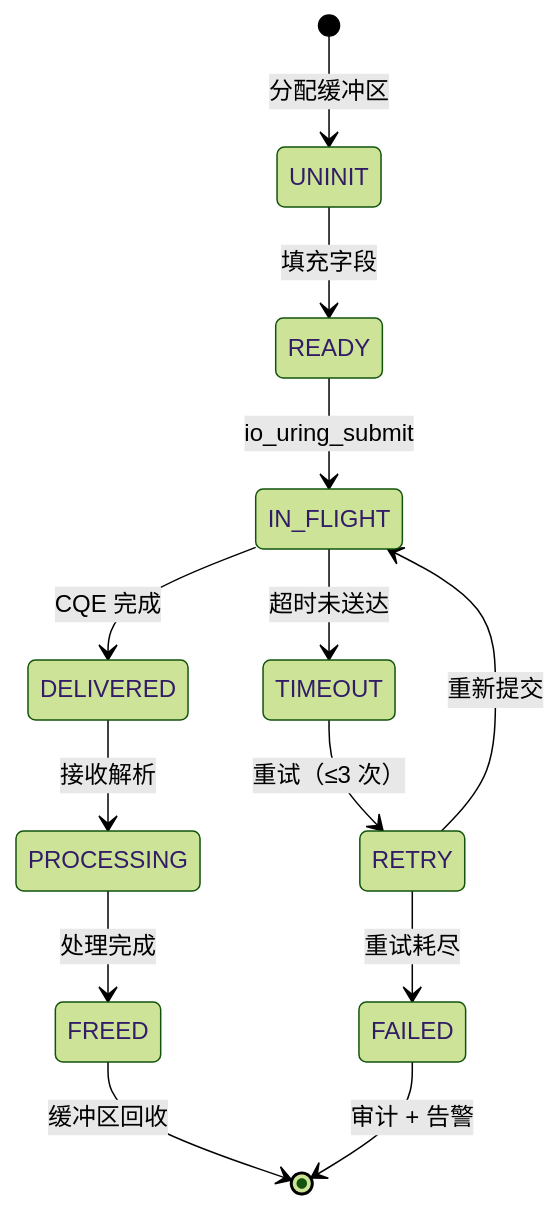
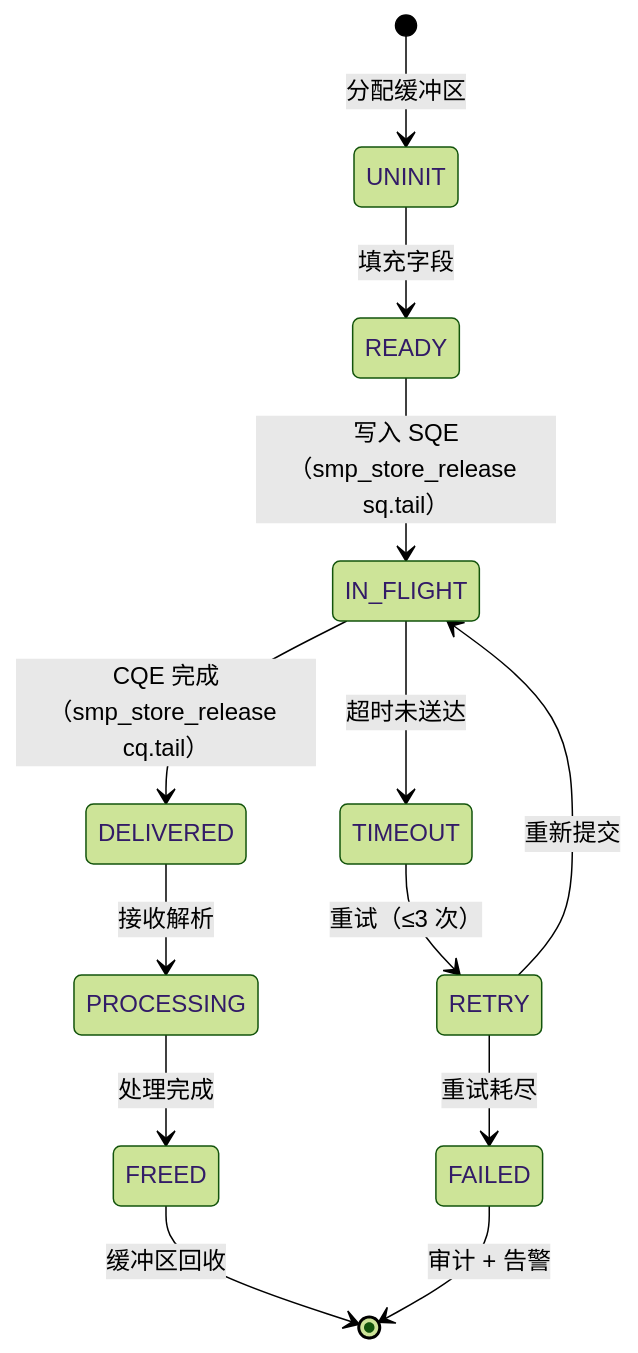
Before and after one commit to openairymax/docs: the second of 8 diagrams in AirymaxAgentOS/40-dataflows/03-ipc-flow.md, drawn with Mermaid (forest theme). The commit also changed other lines of this file and 31 other files, not shown here.

````diff
--- a/AirymaxAgentOS/40-dataflows/03-ipc-flow.md
+++ b/AirymaxAgentOS/40-dataflows/03-ipc-flow.md
@@ -96,16 +173,16 @@
 ```mermaid
 stateDiagram-v2
     [*] --> UNINIT: 分配缓冲区
     UNINIT --> READY: 填充字段
-    READY --> IN_FLIGHT: io_uring_submit
-    IN_FLIGHT --> DELIVERED: CQE 完成
+    READY --> IN_FLIGHT: 写入 SQE（smp_store_release sq.tail）
+    IN_FLIGHT --> DELIVERED: CQE 完成（smp_store_release cq.tail）
     DELIVERED --> PROCESSING: 接收解析
     PROCESSING --> FREED: 处理完成
     FREED --> [*]: 缓冲区回收
-    
+
     IN_FLIGHT --> TIMEOUT: 超时未送达
     TIMEOUT --> RETRY: 重试（≤3 次）
     RETRY --> IN_FLIGHT: 重新提交
     RETRY --> FAILED: 重试耗尽
     FAILED --> [*]: 审计 + 告警
 ```
````
